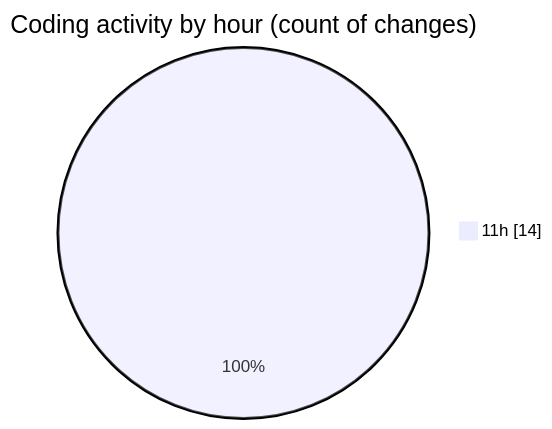
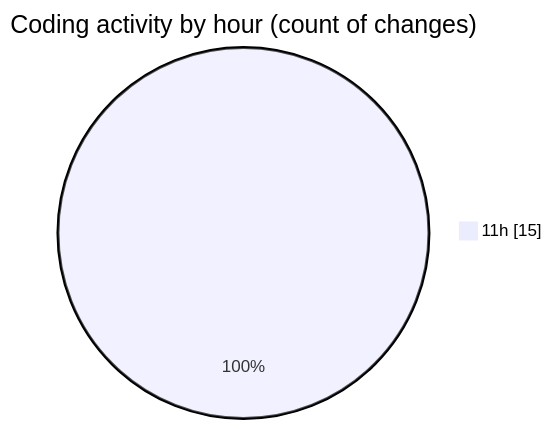
The second of 2 diagrams in 2025-08-13/nxtqube_webapp/README.md (nxtqubesakshisongat/code-tracking), drawn with Mermaid before and after one commit. The commit also changed other lines of this file and 1 other file, not shown here.

````diff
--- a/2025-08-13/nxtqube_webapp/README.md
+++ b/2025-08-13/nxtqube_webapp/README.md
@@ -31,5 +31,5 @@
 ```mermaid
 pie showData
 title Coding activity by hour (count of changes)
-"11h" : 14
+"11h" : 15
 ```
````
